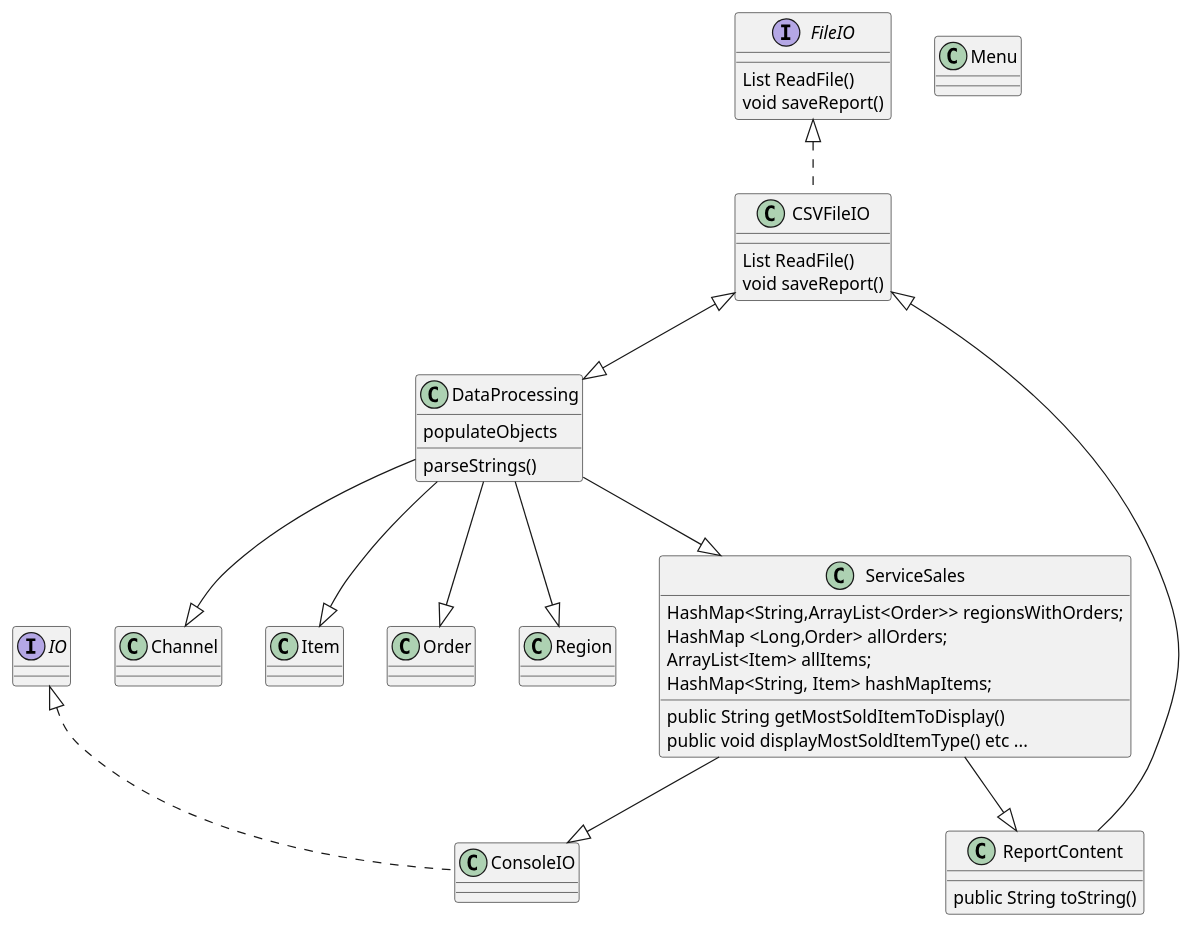
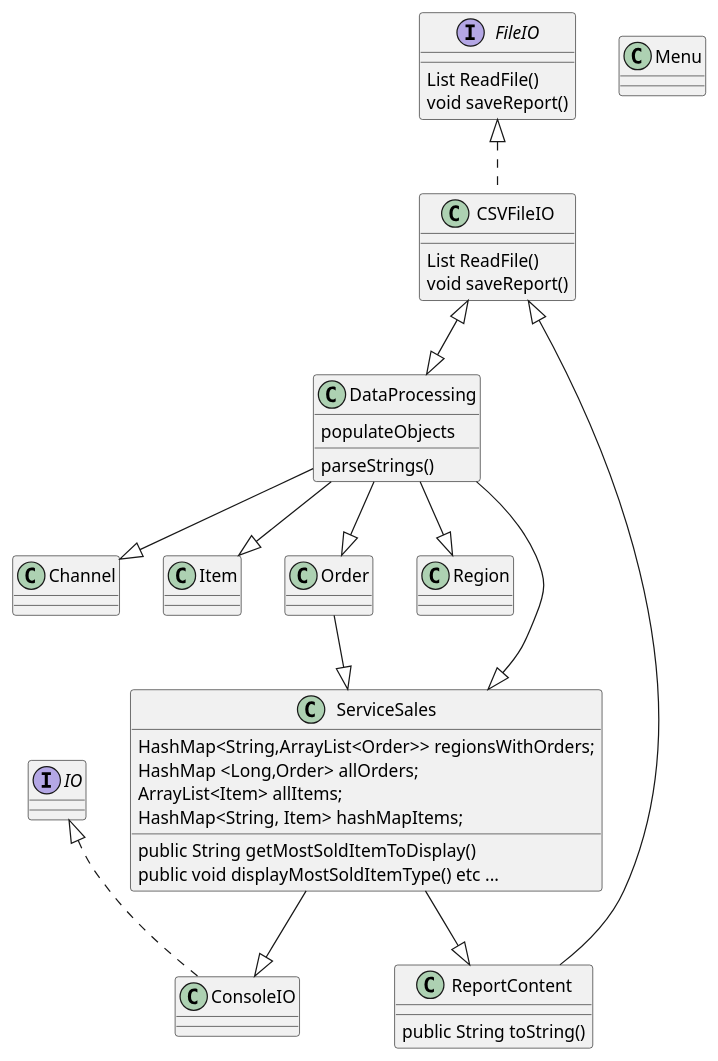
The diagram in design/ReskillAssignmentOne - Svetlana & Tom.puml (TomForsell/ReskillAssignmentOne), drawn with PlantUML before and after one commit. The commit also changed 1 other file, not shown here.

Commit message:
drawing UML

```diff
--- a/design/ReskillAssignmentOne - Svetlana & Tom.puml
+++ b/design/ReskillAssignmentOne - Svetlana & Tom.puml
@@ -1,46 +1,47 @@
 @startuml
 'https://plantuml.com/class-diagram
 
 class Channel
 class ConsoleIO implements IO
 class CSVFileIO implements FileIO{
 List ReadFile()
 void saveReport()
 }
 class DataProcessing{
 parseStrings()
 populateObjects
 }
 interface FileIO{
 List ReadFile()
 void saveReport()
 }
 
 interface IO
 class Item
 class Menu
 class Order
 class Region
 class ReportContent{
 public String toString()
 }
 class ServiceSales{
  HashMap<String,ArrayList<Order>> regionsWithOrders;
  HashMap <Long,Order> allOrders;
  ArrayList<Item> allItems;
  HashMap<String, Item> hashMapItems;
   public String getMostSoldItemToDisplay()
   public void displayMostSoldItemType() etc ...
 }
 
 
 CSVFileIO <|-- ReportContent
 CSVFileIO <|--|> DataProcessing
 DataProcessing --|> Order
 DataProcessing --|> ServiceSales
 DataProcessing --|> Region
 DataProcessing --|> Item
 DataProcessing --|> Channel
 ServiceSales --|> ReportContent
 ServiceSales --|> ConsoleIO
+Order --|> ServiceSales
 @enduml
```
